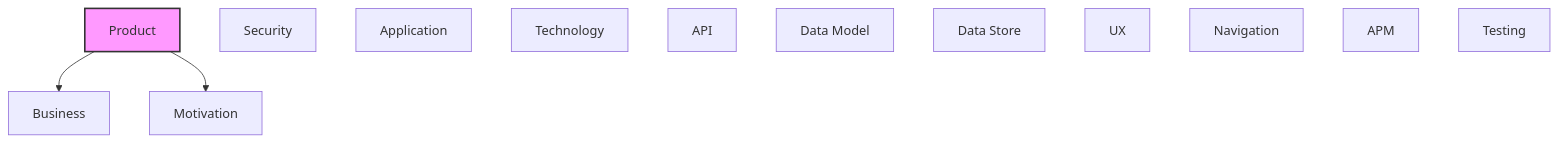
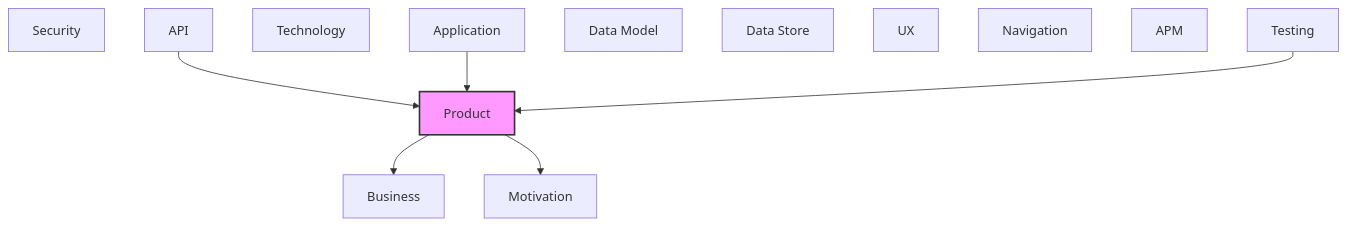
The diagram in documentation-robotics/reports/03-product-layer-report.md (tinkermonkey/heimdall), drawn with Mermaid before and after one commit. The commit also changed other lines of this file and 50 other files, not shown here.

````diff
--- a/documentation-robotics/reports/03-product-layer-report.md
+++ b/documentation-robotics/reports/03-product-layer-report.md
@@ -54,20 +70,23 @@
 ```mermaid
 flowchart TB
   classDef current fill:#f9f,stroke:#333,stroke-width:2px
   motivation["Motivation"]
   business["Business"]
   product["Product"]
   security["Security"]
   application["Application"]
   technology["Technology"]
   api["API"]
   data_model["Data Model"]
   data_store["Data Store"]
   ux["UX"]
   navigation["Navigation"]
   apm["APM"]
   testing["Testing"]
+  api --> product
+  application --> product
   product --> business
   product --> motivation
+  testing --> product
   class product current
 ```
````
